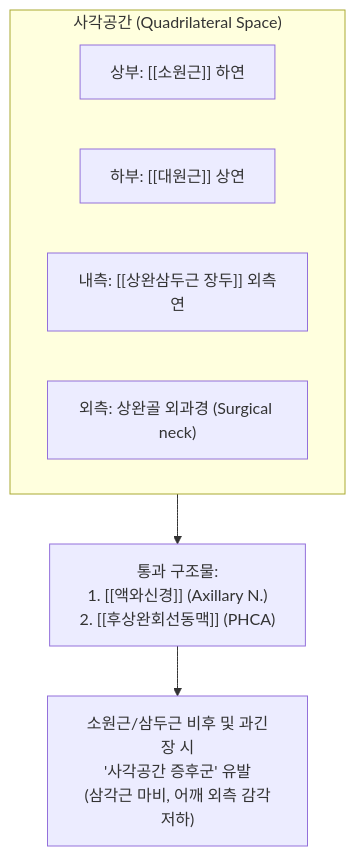
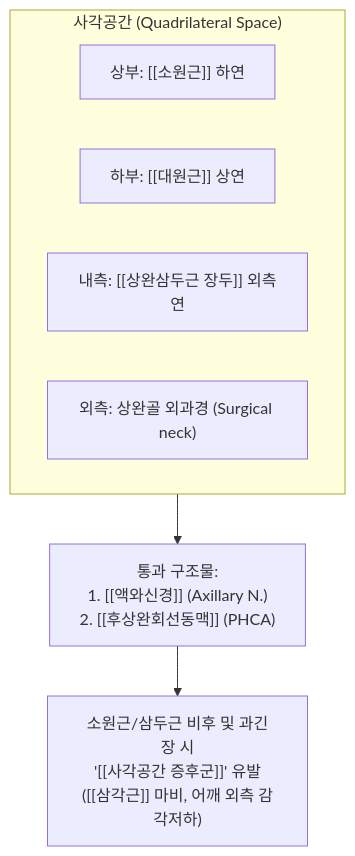
One commit to simbio11/simbio-digital-garden2 changed the first of 2 diagrams in content/1. 근골격계 공부/근육/(4) 어깨/소원근.md. Above: the diagram before and after it, drawn with Mermaid. The commit also changed other lines of this file and 487 other files, not shown here.

````diff
--- a/content/1. 근골격계 공부/근육/(4) 어깨/소원근.md
+++ b/content/1. 근골격계 공부/근육/(4) 어깨/소원근.md
@@ -41,12 +46,16 @@
 ```mermaid
 graph TD
     subgraph QLS ["사각공간 (Quadrilateral Space)"]
         Sup["상부: [[소원근]] 하연"]
         Inf["하부: [[대원근]] 상연"]
         Med["내측: [[상완삼두근 장두]] 외측연"]
         Lat["외측: 상완골 외과경 (Surgical neck)"]
     end
 
-    QLS --> Content["통과 구조물:\n1. [[액와신경]] (Axillary N.)\n2. [[후상완회선동맥]] (PHCA)"]
-    Content --> Impingement["소원근/삼두근 비후 및 과긴장 시\n'사각공간 증후군' 유발\n(삼각근 마비, 어깨 외측 감각저하)"]
+    QLS --> Content["통과 구조물:
+1. [[액와신경]] (Axillary N.)
+2. [[후상완회선동맥]] (PHCA)"]
+    Content --> Impingement["소원근/삼두근 비후 및 과긴장 시
+'[[사각공간 증후군]]' 유발
+([[삼각근]] 마비, 어깨 외측 감각저하)"]
 ```
````
